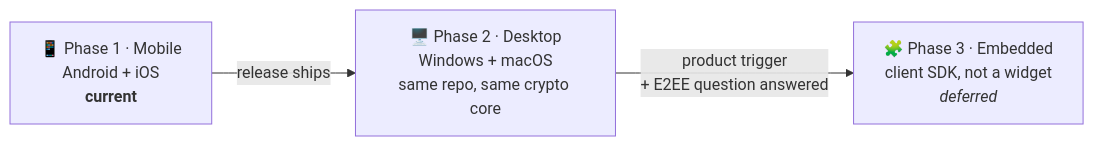
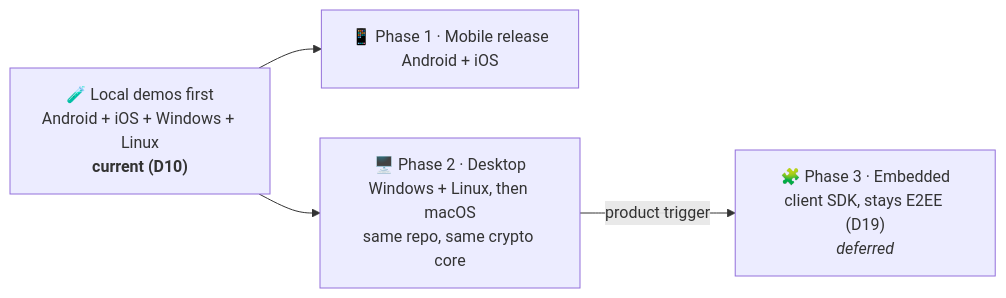
The sixth of 6 diagrams in docs/overview.md (ServesYouRice/veritra), drawn with Mermaid before and after one commit. The commit also changed other lines of this file and 30 other files, not shown here.

````diff
--- a/docs/overview.md
+++ b/docs/overview.md
@@ -220,8 +220,10 @@
 ```mermaid
 flowchart LR
-    P1["📱 Phase 1 · Mobile<br/>Android + iOS<br/><b>current</b>"]
-    P2["🖥️ Phase 2 · Desktop<br/>Windows + macOS<br/>same repo, same crypto core"]
-    P3["🧩 Phase 3 · Embedded<br/>client SDK, not a widget<br/><i>deferred</i>"]
-    P1 -->|"release ships"| P2
-    P2 -->|"product trigger<br/>+ E2EE question answered"| P3
+    D["🧪 Local demos first<br/>Android + iOS + Windows + Linux<br/><b>current (D10)</b>"]
+    P1["📱 Phase 1 · Mobile release<br/>Android + iOS"]
+    P2["🖥️ Phase 2 · Desktop<br/>Windows + Linux, then macOS<br/>same repo, same crypto core"]
+    P3["🧩 Phase 3 · Embedded<br/>client SDK, stays E2EE (D19)<br/><i>deferred</i>"]
+    D --> P1
+    D --> P2
+    P2 -->|"product trigger"| P3
 ```
````
